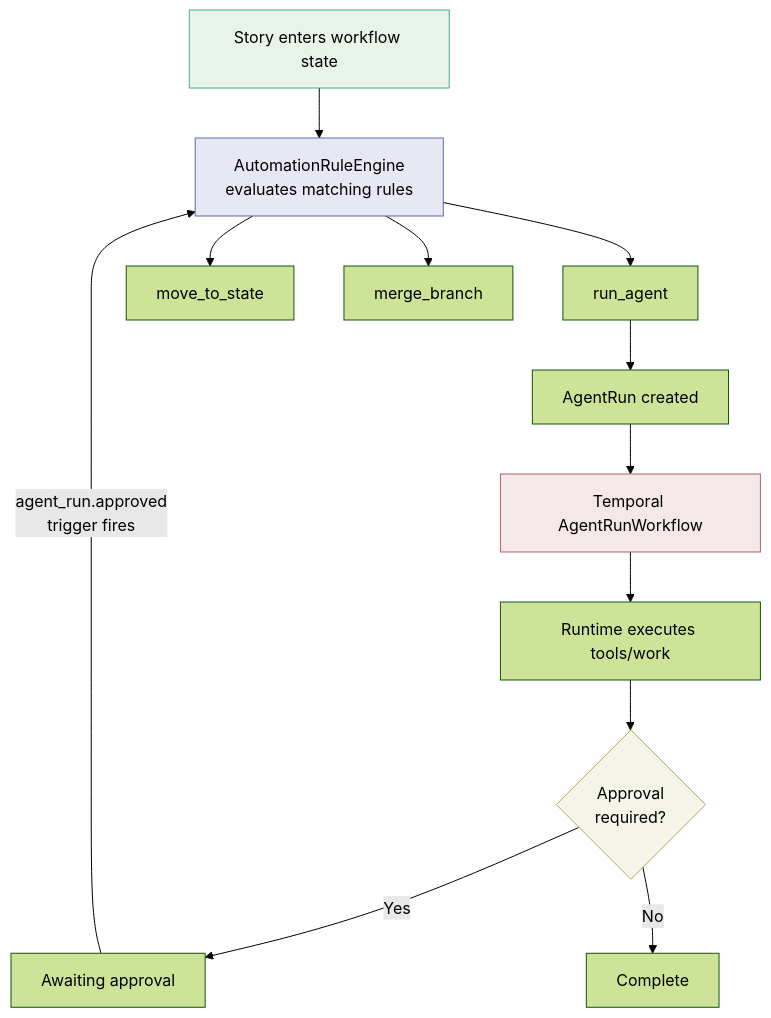
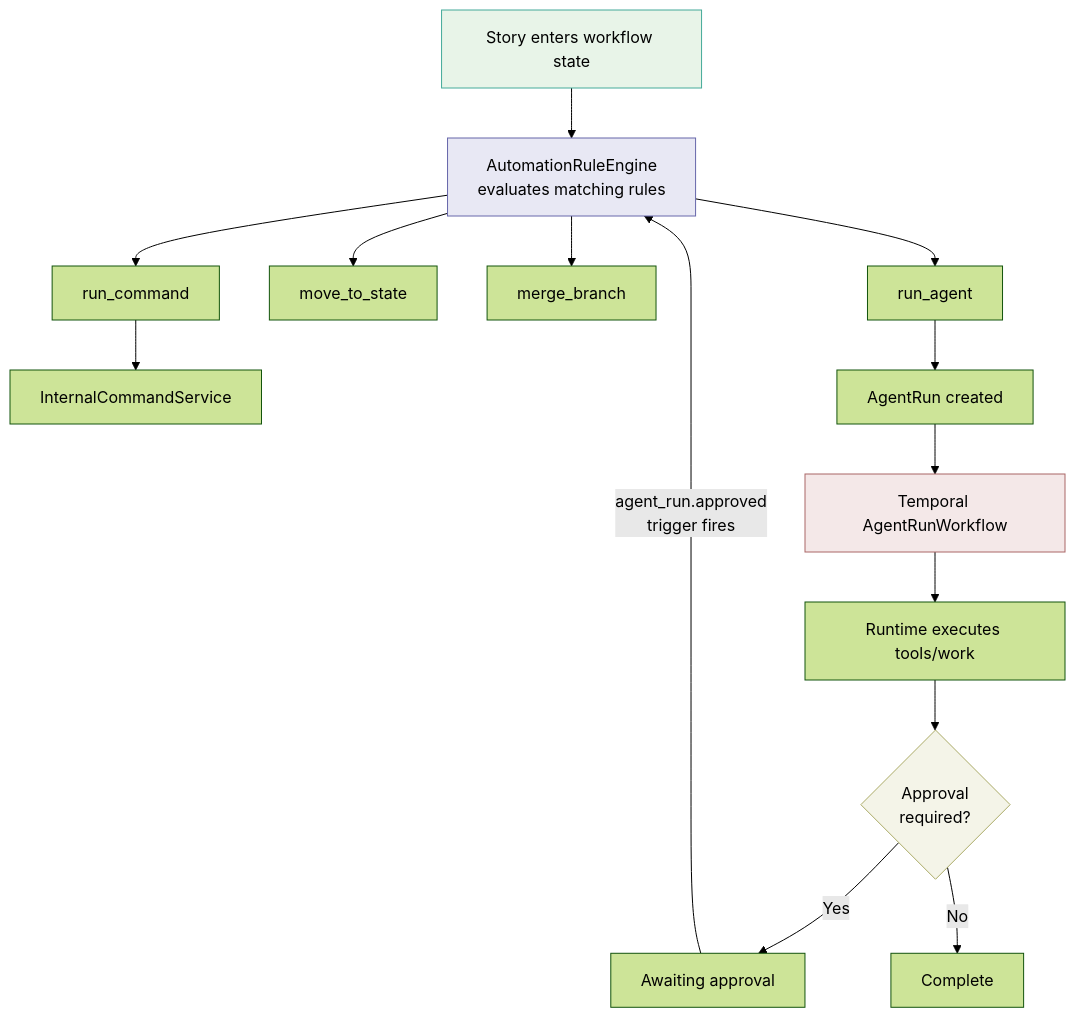
One commit to helpin-ai/helpin changed the second of 11 diagrams in docs/AUTOMATION_AND_AGENT_ARCHITECTURE.md. Above: the diagram before and after it, drawn with Mermaid (forest theme). The commit also changed other lines of this file and 62 other files, not shown here.

Commit message:
remove legacy v1 flow, solidify v2

````diff
--- a/docs/AUTOMATION_AND_AGENT_ARCHITECTURE.md
+++ b/docs/AUTOMATION_AND_AGENT_ARCHITECTURE.md
@@ -64,19 +64,21 @@
 ```mermaid
 flowchart TD
     A["Story enters workflow state"] --> B["AutomationRuleEngine<br/>evaluates matching rules"]
     B --> C["run_agent"]
     B --> H["move_to_state"]
     B --> I["merge_branch"]
+    B --> J["run_command"]
+    J --> K["InternalCommandService"]
     C --> D["AgentRun created"]
     D --> E["Temporal AgentRunWorkflow"]
     E --> F["Runtime executes tools/work"]
     F --> G{"Approval<br/>required?"}
     G -->|"Yes"| G2["Awaiting approval"]
     G -->|"No"| DONE["Complete"]
     G2 -->|"agent_run.approved<br/>trigger fires"| B
 
     style A fill:#e8f4e8,stroke:#4a9
     style B fill:#e8e8f4,stroke:#66a
     style E fill:#f4e8e8,stroke:#a66
     style G fill:#f4f4e8,stroke:#aa6
 ```
````
